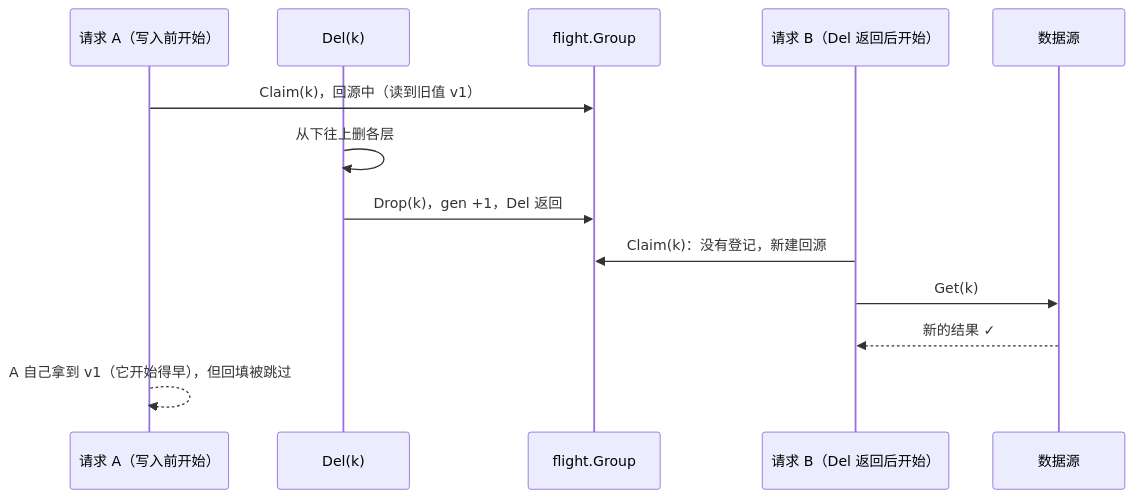
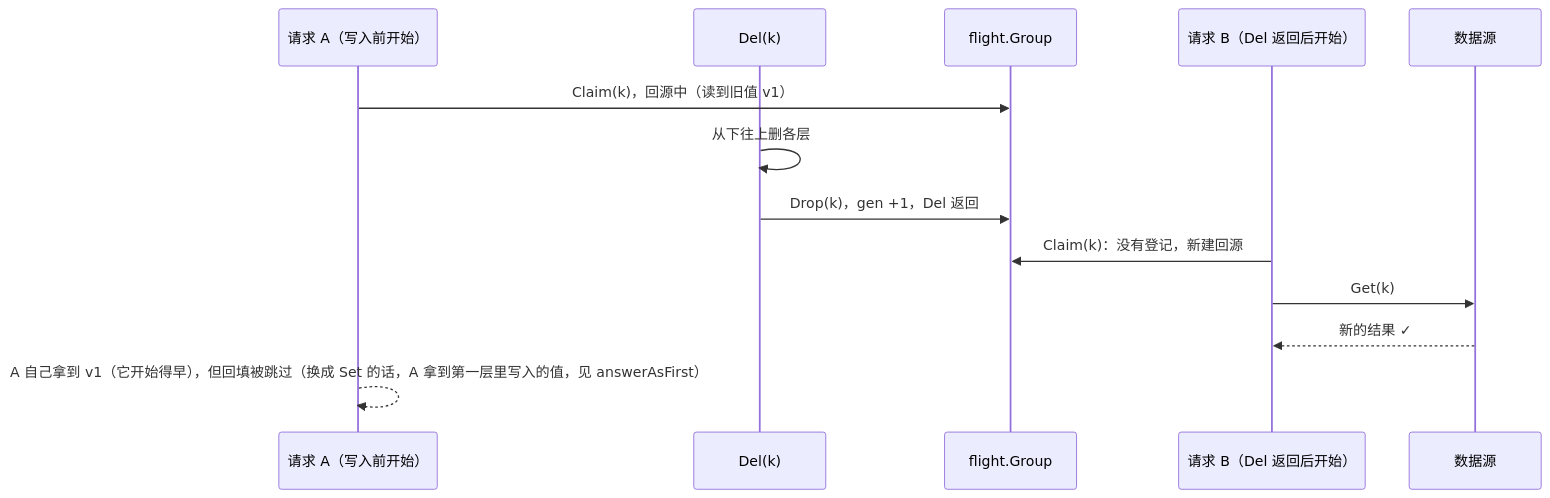
Before and after one commit to theplant/cachex: the seventh of 8 diagrams in docs/design/write-order.md, drawn with Mermaid. The commit also changed 5 other files, not shown here.

Commit message:
docs: answerAsFirst in singleflight.md, write-order.md and ADR 0022 (item 6); known gaps point at todo #6; the lease regression test lives with the lease tests; byOwn keeps a refusal by this process's refresh at any layer

````diff
--- a/docs/design/write-order.md
+++ b/docs/design/write-order.md
@@ -214,15 +214,15 @@
 ```mermaid
 sequenceDiagram
     participant A as 请求 A（写入前开始）
     participant W as Del(k)
     participant G as flight.Group
     participant B as 请求 B（Del 返回后开始）
     participant S as 数据源
     A->>G: Claim(k)，回源中（读到旧值 v1）
     W->>W: 从下往上删各层
     W->>G: Drop(k)，gen +1，Del 返回
     B->>G: Claim(k)：没有登记，新建回源
     B->>S: Get(k)
     S-->>B: 新的结果 ✓
-    A-->>A: A 自己拿到 v1（它开始得早），但回填被跳过
+    A-->>A: A 自己拿到 v1（它开始得早），但回填被跳过（换成 Set 的话，A 拿到第一层里写入的值，见 answerAsFirst）
 ```
````
